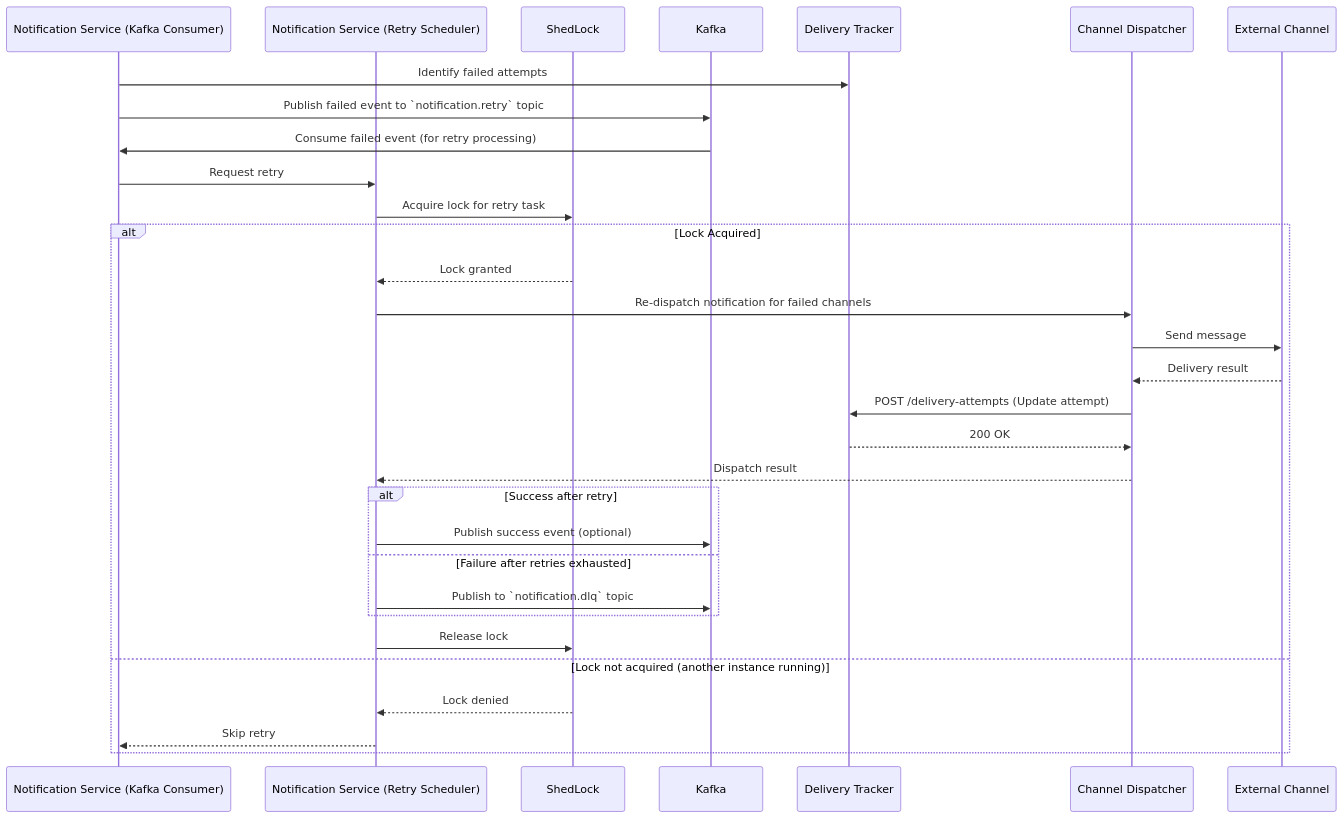
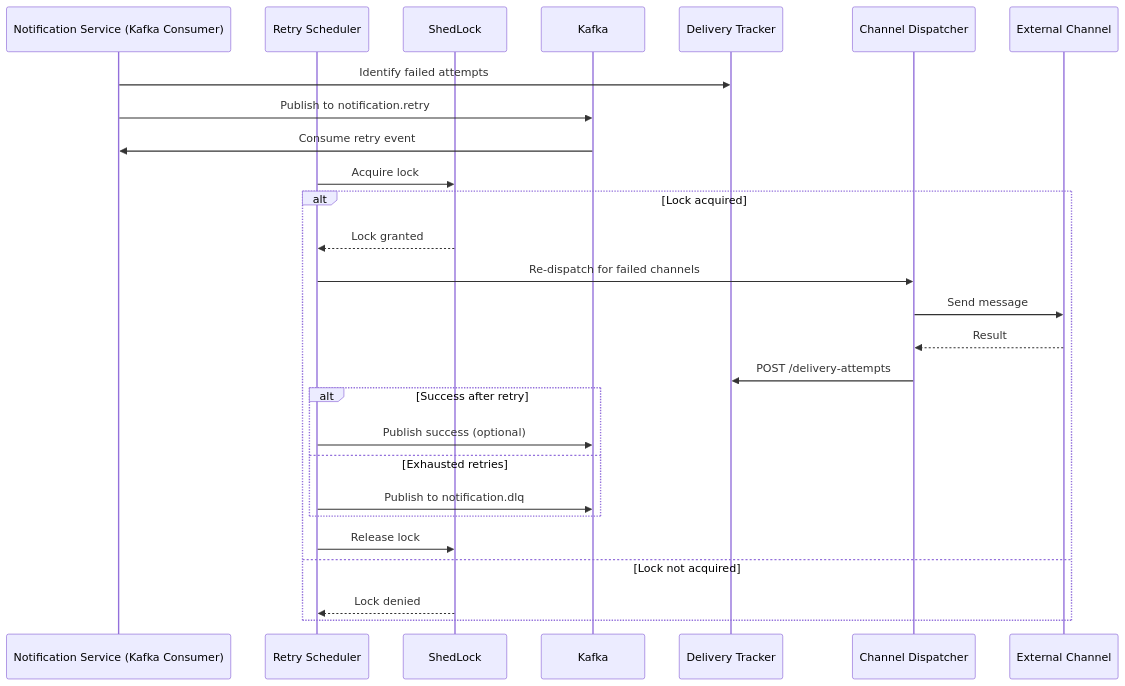
Before and after one commit to abhim8/notification-platform: the third of 5 diagrams in README.md, drawn with Mermaid. The commit also changed other lines of this file and 7 other files, not shown here.

````diff
--- a/README.md
+++ b/README.md
@@ -258,34 +122,30 @@
 ```mermaid
 sequenceDiagram
     participant NS_Consumer as Notification Service (Kafka Consumer)
-    participant NS_Scheduler as Notification Service (Retry Scheduler)
+    participant NS_Scheduler as Retry Scheduler
     participant ShedLock
     participant K as Kafka
     participant DT as Delivery Tracker
     participant CD as Channel Dispatcher
     participant EX as External Channel
 
     NS_Consumer->>DT: Identify failed attempts
-    NS_Consumer->>K: Publish failed event to `notification.retry` topic
-    K->>NS_Consumer: Consume failed event (for retry processing)
-    NS_Consumer->>NS_Scheduler: Request retry
-    NS_Scheduler->>ShedLock: Acquire lock for retry task
-    alt Lock Acquired
+    NS_Consumer->>K: Publish to notification.retry
+    K->>NS_Consumer: Consume retry event
+    NS_Scheduler->>ShedLock: Acquire lock
+    alt Lock acquired
         ShedLock-->>NS_Scheduler: Lock granted
-        NS_Scheduler->>CD: Re-dispatch notification for failed channels
+        NS_Scheduler->>CD: Re-dispatch for failed channels
         CD->>EX: Send message
-        EX-->>CD: Delivery result
-        CD->>DT: POST /delivery-attempts (Update attempt)
-        DT-->>CD: 200 OK
-        CD-->>NS_Scheduler: Dispatch result
+        EX-->>CD: Result
+        CD->>DT: POST /delivery-attempts
         alt Success after retry
-            NS_Scheduler->>K: Publish success event (optional)
-        else Failure after retries exhausted
-            NS_Scheduler->>K: Publish to `notification.dlq` topic
+            NS_Scheduler->>K: Publish success (optional)
+        else Exhausted retries
+            NS_Scheduler->>K: Publish to notification.dlq
         end
         NS_Scheduler->>ShedLock: Release lock
-    else Lock not acquired (another instance running)
+    else Lock not acquired
         ShedLock-->>NS_Scheduler: Lock denied
-        NS_Scheduler-->>NS_Consumer: Skip retry
     end
 ```
````
